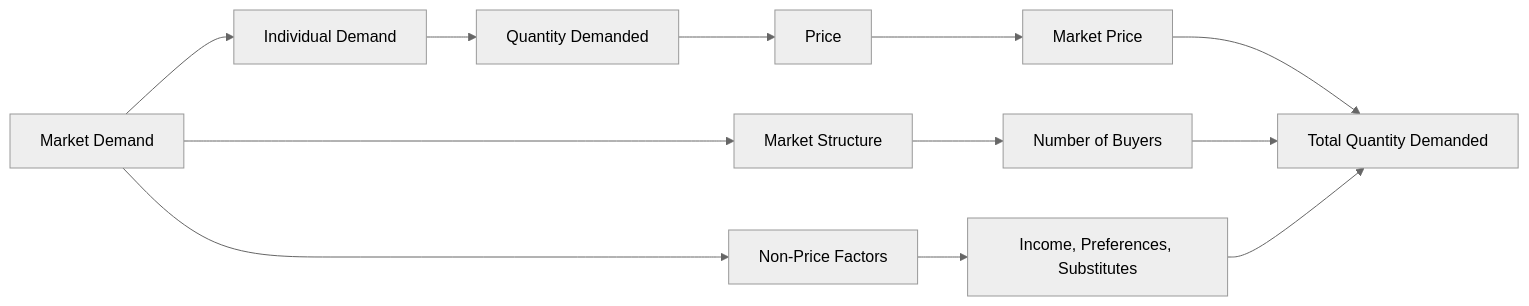
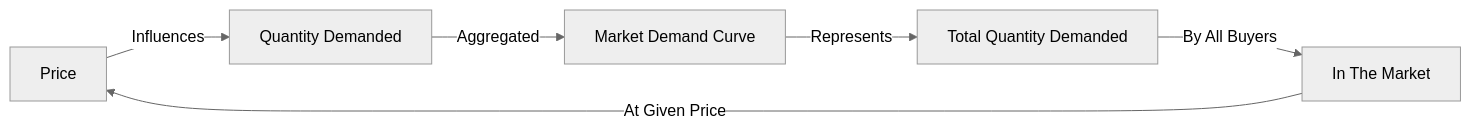
The diagram in Obsidian_Vault/2-Academic/Winter 2026/Economics/2_Theory_Of_Demand_And_Supply/Market_Demand.md (DagimAlemayehuu/Ater), drawn with Mermaid (neutral theme) before and after one commit. The commit also changed other lines of this file and 41 other files, not shown here.

Commit message:
Hardening OKA Pedagogical Architecture: Fix relational links, metadata formatting, and Jump-to-PDF functionality

````diff
--- a/Obsidian_Vault/2-Academic/Winter 2026/Economics/2_Theory_Of_Demand_And_Supply/Market_Demand.md
+++ b/Obsidian_Vault/2-Academic/Winter 2026/Economics/2_Theory_Of_Demand_And_Supply/Market_Demand.md
@@ -34,16 +63,10 @@
 ```mermaid
 
 graph LR
-    A[Market Demand] --> B[Individual Demand]
-    B --> C[Quantity Demanded]
-    C --> D[Price]
-    D --> E[Market Price]
-    E --> F[Total Quantity Demanded]
-    A --> G[Market Structure]
-    G --> H[Number of Buyers]
-    H --> F
-    A --> I[Non-Price Factors]
-    I --> J[Income, Preferences, Substitutes]
-    J --> F
+    A[Price] -->|Influences| B[Quantity Demanded]
+    B -->|Aggregated| C[Market Demand Curve]
+    C -->|Represents| D[Total Quantity Demanded]
+    D -->|By All Buyers| E[In The Market]
+    E -->|At Given Price| A
 
 ```
````
